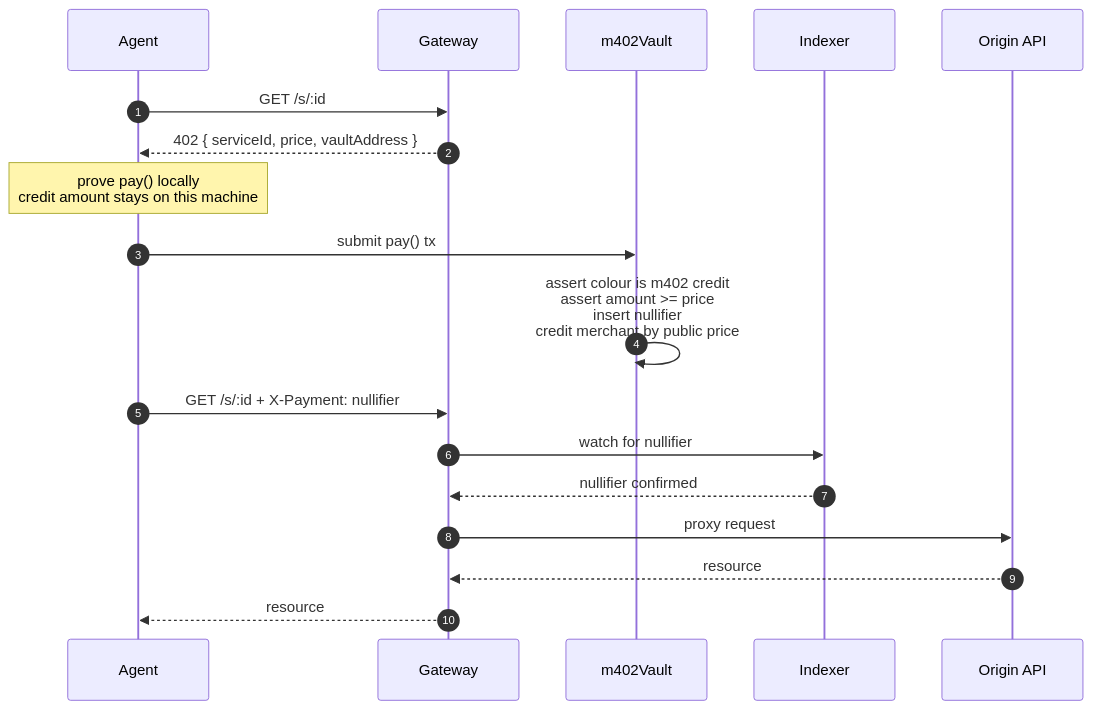
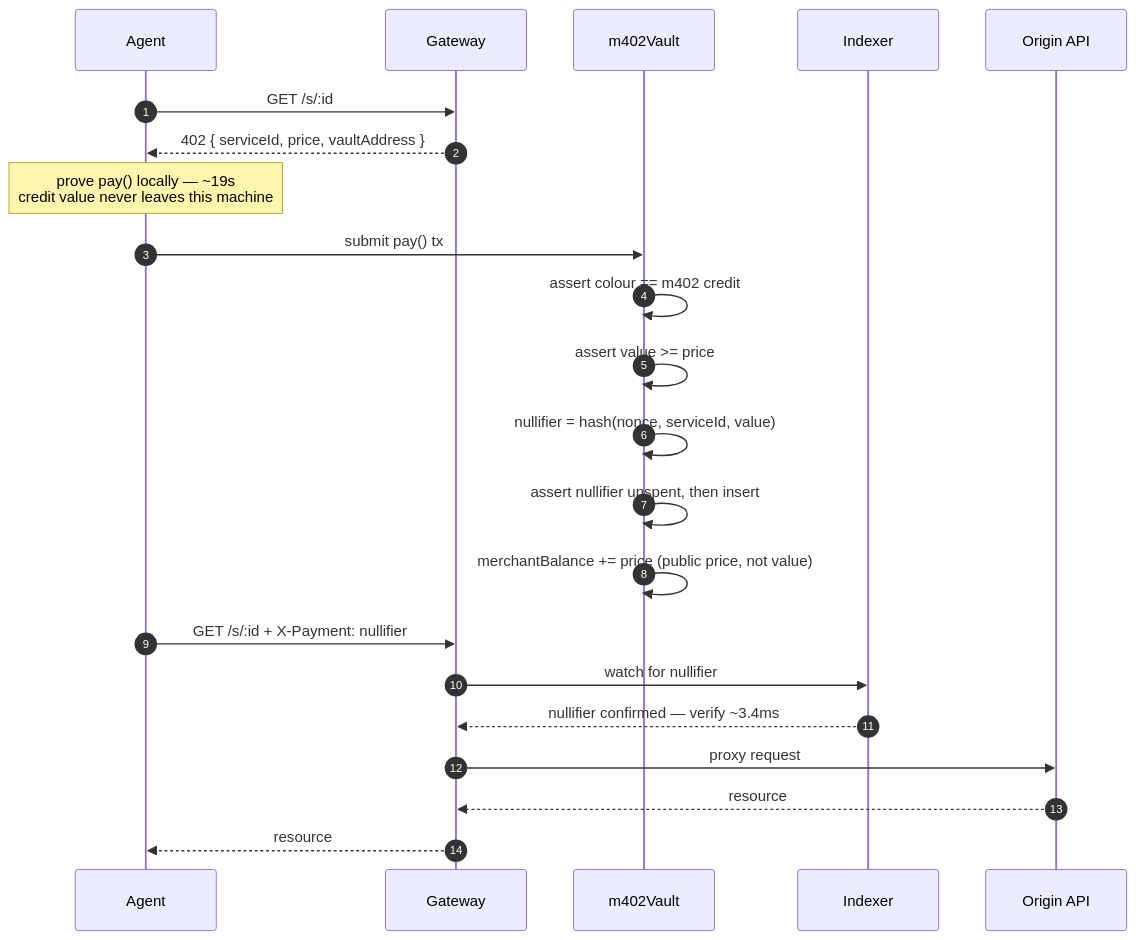
One commit to julianariel/m402 changed the third of 8 diagrams in docs/architecture/payment-flow.md. Above: the diagram before and after it, drawn with Mermaid. The commit also changed other lines of this file and 3 other files, not shown here.

First line of the commit message:
Document deposit across all docs; drop the placeholder diagram

````diff
--- a/docs/architecture/payment-flow.md
+++ b/docs/architecture/payment-flow.md
@@ -24,23 +69,27 @@
 ```mermaid
 sequenceDiagram
     autonumber
     participant A as Agent
     participant G as Gateway
     participant V as m402Vault
     participant I as Indexer
     participant O as Origin API
 
     A->>G: GET /s/:id
     G-->>A: 402 { serviceId, price, vaultAddress }
 
-    Note over A: prove pay() locally<br/>credit amount stays on this machine
+    Note over A: prove pay() locally — ~19s<br/>credit value never leaves this machine
     A->>V: submit pay() tx
-    V->>V: assert colour is m402 credit<br/>assert amount >= price<br/>insert nullifier<br/>credit merchant by public price
+    V->>V: assert colour == m402 credit
+    V->>V: assert value >= price
+    V->>V: nullifier = hash(nonce, serviceId, value)
+    V->>V: assert nullifier unspent, then insert
+    V->>V: merchantBalance += price (public price, not value)
 
     A->>G: GET /s/:id + X-Payment: nullifier
     G->>I: watch for nullifier
-    I-->>G: nullifier confirmed
+    I-->>G: nullifier confirmed — verify ~3.4ms
     G->>O: proxy request
     O-->>G: resource
     G-->>A: resource
 ```
````
